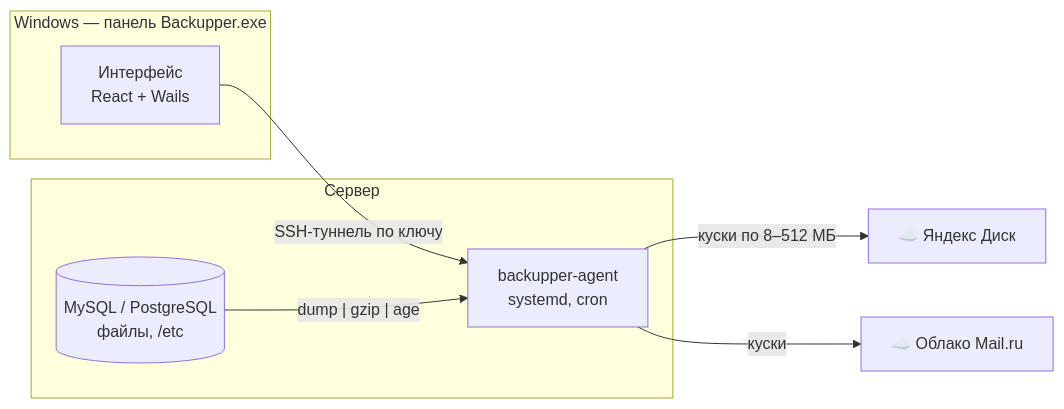
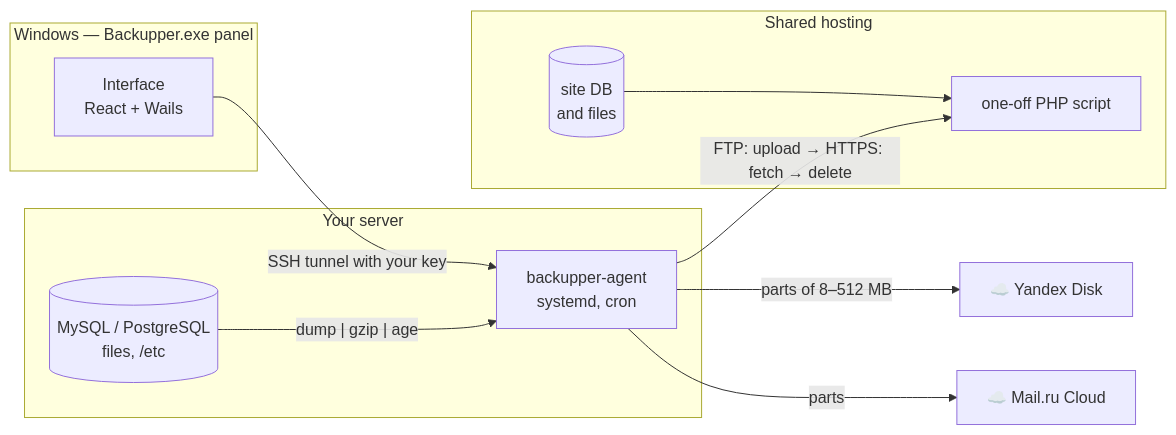
The diagram in README.md (gladyshev18/backupper), drawn with Mermaid before and after one commit. The commit also changed other lines of this file and 40 other files, not shown here.

First line of the commit message:
Бэкап сайтов на хостинге через FTP, интерфейс на двух языках, версия 1.1.0

````diff
--- a/README.md
+++ b/README.md
@@ -35,16 +40,22 @@
 ```mermaid
 flowchart LR
-    subgraph PC["Windows — панель Backupper.exe"]
-        UI["Интерфейс<br/>React + Wails"]
+    subgraph PC["Windows — Backupper.exe panel"]
+        UI["Interface<br/>React + Wails"]
     end
-    subgraph S1["Сервер"]
+    subgraph S1["Your server"]
         A1["backupper-agent<br/>systemd, cron"]
-        D1[("MySQL / PostgreSQL<br/>файлы, /etc")]
+        D1[("MySQL / PostgreSQL<br/>files, /etc")]
     end
-    Y["☁️ Яндекс Диск"]
-    M["☁️ Облако Mail.ru"]
-    UI -- "SSH-туннель по ключу" --> A1
+    subgraph H["Shared hosting"]
+        P["one-off PHP script"]
+        W[("site DB<br/>and files")]
+    end
+    Y["☁️ Yandex Disk"]
+    M["☁️ Mail.ru Cloud"]
+    UI -- "SSH tunnel with your key" --> A1
     D1 -- "dump | gzip | age" --> A1
-    A1 -- "куски по 8–512 МБ" --> Y
-    A1 -- "куски" --> M
+    A1 -- "FTP: upload → HTTPS: fetch → delete" --> P
+    W --> P
+    A1 -- "parts of 8–512 MB" --> Y
+    A1 -- "parts" --> M
 ```
````
